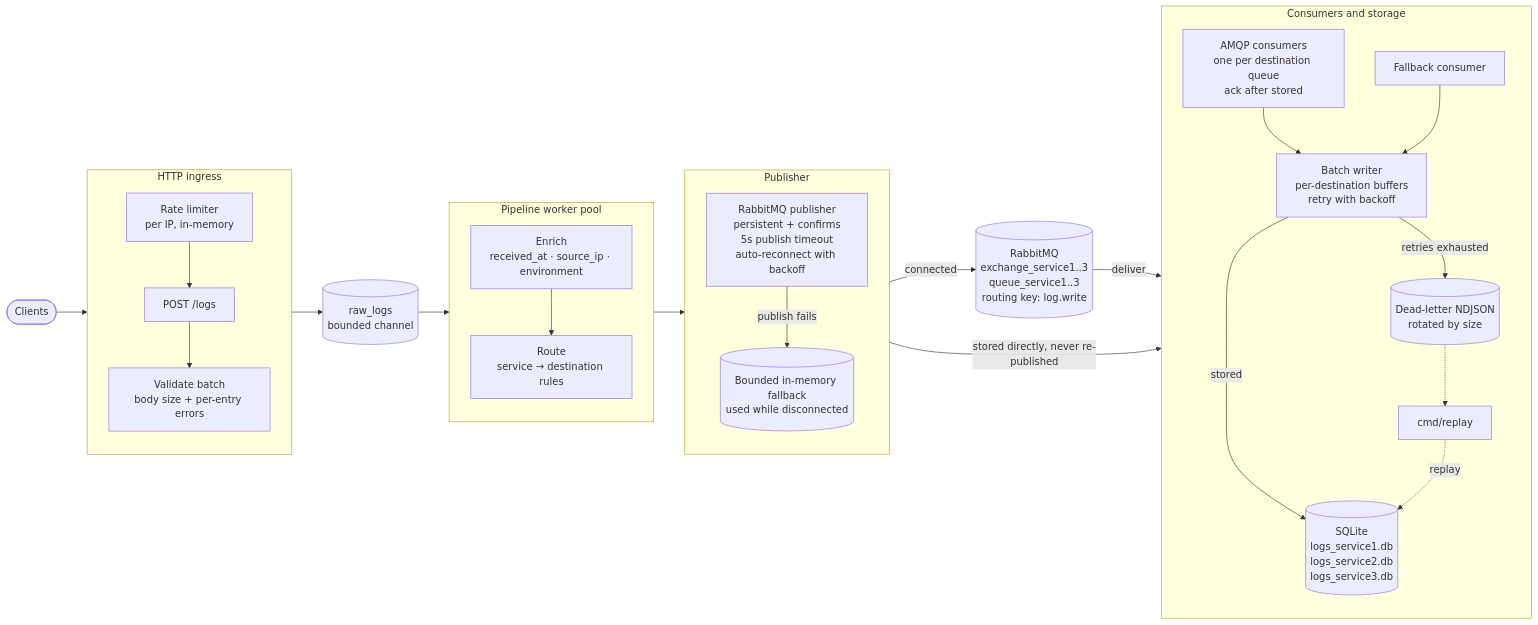
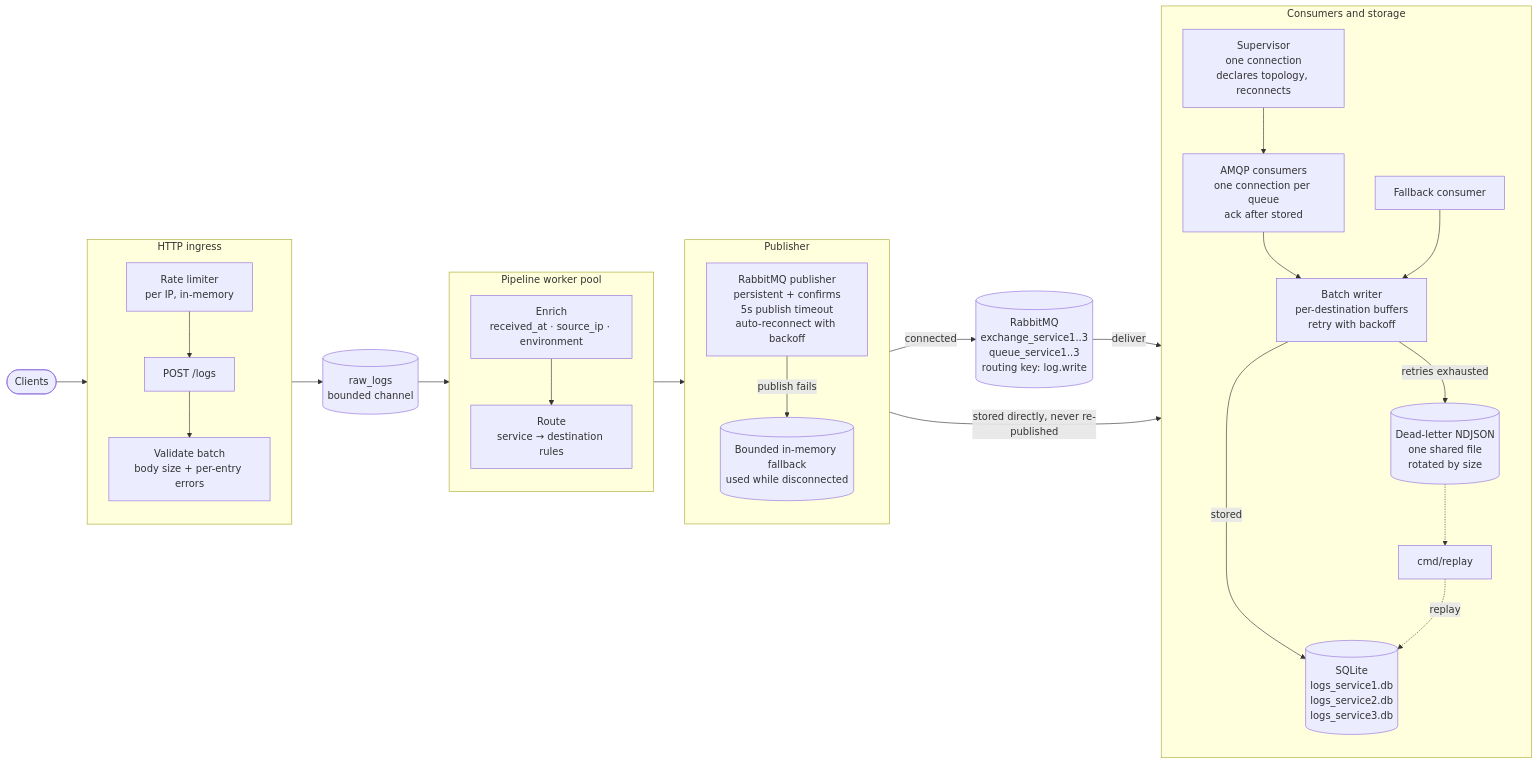
Before and after one commit to johneliud/log_ingestion_engine: the diagram in README.md, drawn with Mermaid. The commit also changed other lines of this file and 2 other files, not shown here.

Commit message:
docs: restructure README sections and update architecture diagram with the consumer supervisor.

````diff
--- a/README.md
+++ b/README.md
@@ -11,50 +11,52 @@
 ```mermaid
 flowchart LR
     client(["Clients"])
 
     subgraph ingress["HTTP ingress"]
         direction TB
         rateLimit["Rate limiter<br/>per IP, in-memory"]
         logsEndpoint["POST /logs"]
         validate["Validate batch<br/>body size + per-entry errors"]
     end
 
     rawQueue[("raw_logs<br/>bounded channel")]
 
     subgraph processing["Pipeline worker pool"]
         direction TB
         enrich["Enrich<br/>received_at · source_ip · environment"]
         route["Route<br/>service → destination rules"]
     end
 
     subgraph publishing["Publisher"]
         direction TB
         rabbitPublisher["RabbitMQ publisher<br/>persistent + confirms<br/>5s publish timeout<br/>auto-reconnect with backoff"]
         fallback[("Bounded in-memory fallback<br/>used while disconnected")]
     end
 
     broker[("RabbitMQ<br/>exchange_service1..3<br/>queue_service1..3<br/>routing key: log.write")]
 
     subgraph delivery["Consumers and storage"]
         direction TB
-        amqpConsumer["AMQP consumers<br/>one per destination queue<br/>ack after stored"]
+        supervisor["Supervisor<br/>one connection<br/>declares topology, reconnects"]
+        amqpConsumer["AMQP consumers<br/>one connection per queue<br/>ack after stored"]
         fallbackConsumer["Fallback consumer"]
         batchWriter["Batch writer<br/>per-destination buffers<br/>retry with backoff"]
         sqlite[("SQLite<br/>logs_service1.db<br/>logs_service2.db<br/>logs_service3.db")]
-        deadLetters[("Dead-letter NDJSON<br/>rotated by size")]
+        deadLetters[("Dead-letter NDJSON<br/>one shared file<br/>rotated by size")]
         replay["cmd/replay"]
     end
 
     client --> rateLimit --> logsEndpoint --> validate --> rawQueue
     rawQueue --> enrich --> route --> rabbitPublisher
     rabbitPublisher -->|"connected"| broker
     rabbitPublisher -->|"publish fails"| fallback
-    broker -->|"deliver"| amqpConsumer
+    broker -->|"deliver"| supervisor
+    supervisor --> amqpConsumer
     fallback -->|"stored directly, never re-published"| fallbackConsumer
     amqpConsumer --> batchWriter
     fallbackConsumer --> batchWriter
     batchWriter -->|"stored"| sqlite
     batchWriter -->|"retries exhausted"| deadLetters
     deadLetters -.-> replay
     replay -.->|"replay"| sqlite
 ```
````
